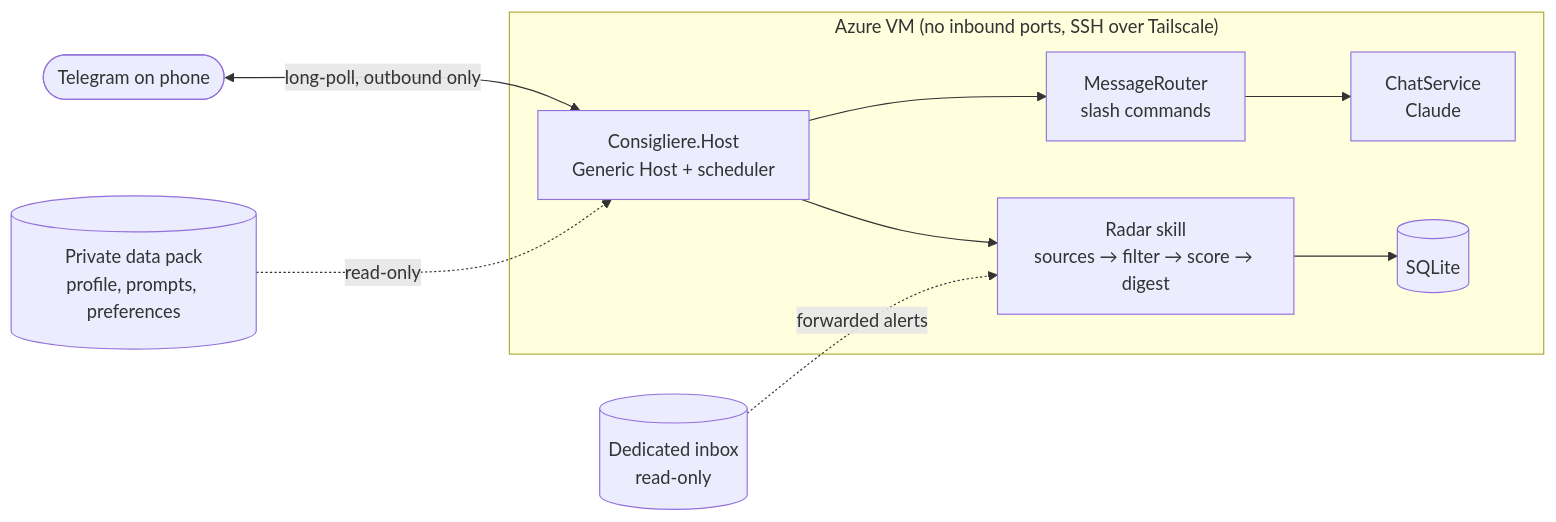
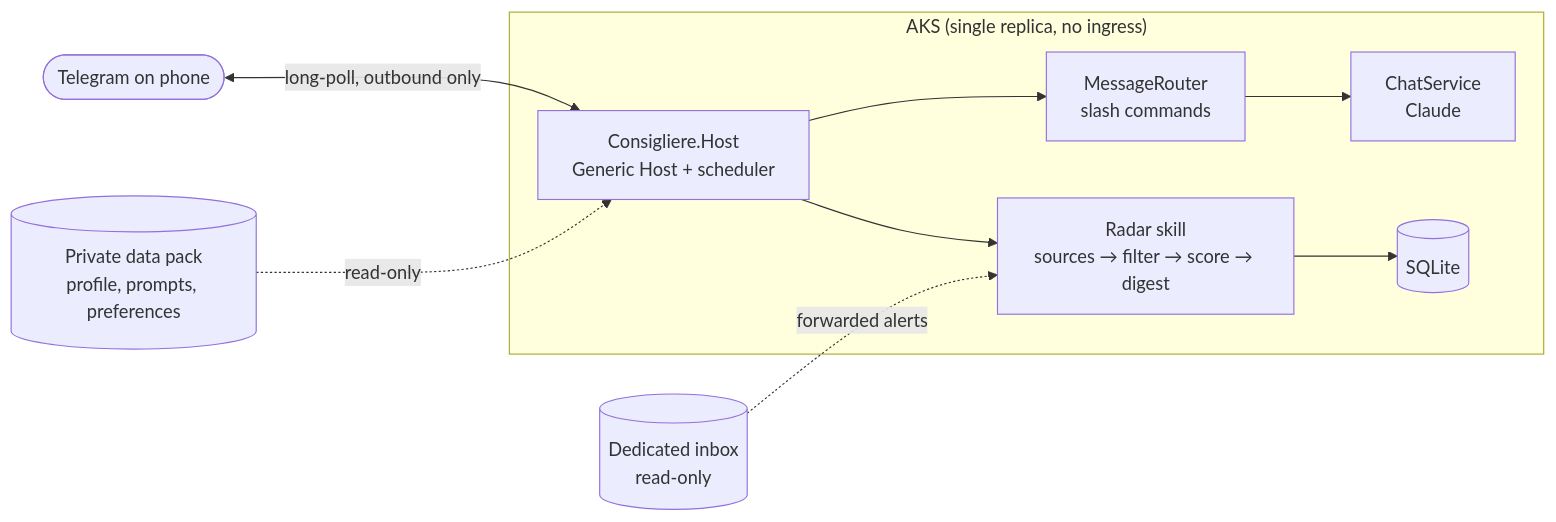
One commit to ahpalmer/Consigliere changed the diagram in README.md. Above: the diagram before and after it, drawn with Mermaid. The commit also changed other lines of this file and 54 other files, not shown here.

````diff
--- a/README.md
+++ b/README.md
@@ -7,13 +7,13 @@
 ```mermaid
 flowchart LR
     phone([Telegram on phone]) <-- long-poll, outbound only --> host
-    subgraph VM["Azure VM (no inbound ports, SSH over Tailscale)"]
+    subgraph AKS["AKS (single replica, no ingress)"]
         host[Consigliere.Host<br/>Generic Host + scheduler]
         host --> router[MessageRouter<br/>slash commands]
         router --> chat[ChatService<br/>Claude]
         host --> radar[Radar skill<br/>sources → filter → score → digest]
         radar --> db[(SQLite)]
     end
     pack[(Private data pack<br/>profile, prompts, preferences)] -. read-only .-> host
     inbox[(Dedicated inbox<br/>read-only)] -. forwarded alerts .-> radar
 ```
````
